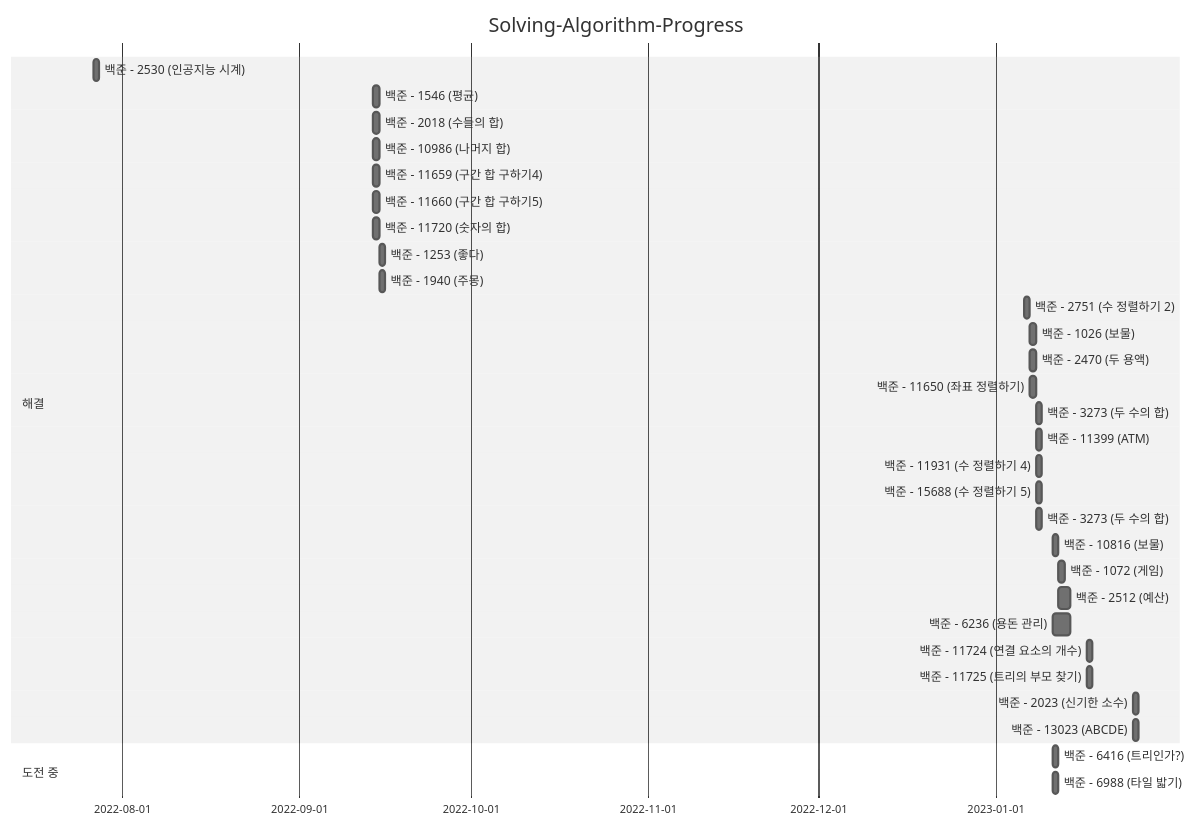
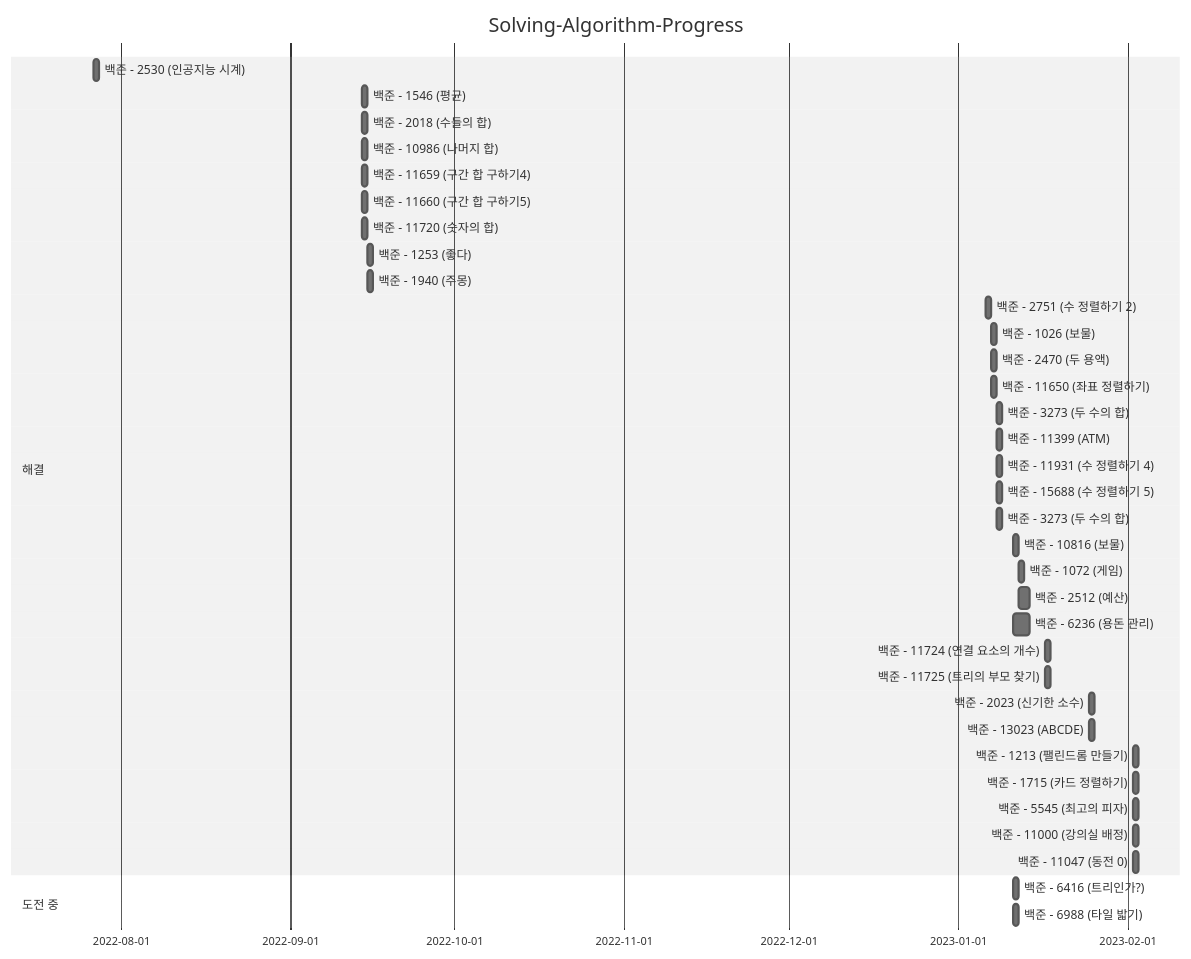
The diagram in README.md (darkblose/BaekjunJava), drawn with Mermaid (neutral theme) before and after one commit.

Commit message:
update : README

````diff
--- a/README.md
+++ b/README.md
@@ -41,37 +41,42 @@
 ```mermaid
 gantt
 dateFormat YYYY-MM-DD
 title Solving-Algorithm-Progress
 
     section 해결
     백준 - 2530 (인공지능 시계)   : chap1, 2022-07-27, 1d
     백준 - 1546 (평균)          : chap1, 2022-09-14, 1d
     백준 - 2018 (수들의 합)      : chap1, 2022-09-14, 1d
     백준 - 10986 (나머지 합)     : chap1, 2022-09-14, 1d
     백준 - 11659 (구간 합 구하기4) : chap1, 2022-09-14, 1d
     백준 - 11660 (구간 합 구하기5) : chap1, 2022-09-14, 1d
     백준 - 11720 (숫자의 합)     : chap1, 2022-09-14, 1d
     백준 - 1253 (좋다)          : chap1, 2022-09-15, 1d
     백준 - 1940 (주몽)          : chap1, 2022-09-15, 1d
     백준 - 2751 (수 정렬하기 2)   : chap2, 2023-01-06, 1d
     백준 - 1026 (보물)          : chap2, 2023-01-07, 1d
     백준 - 2470 (두 용액)        : chap2, 2023-01-07, 1d
     백준 - 11650 (좌표 정렬하기)   : chap2, 2023-01-07, 1d
     백준 - 3273 (두 수의 합)     : chap2, 2023-01-08, 1d
     백준 - 11399 (ATM)         : chap2, 2023-01-08, 1d
     백준 - 11931 (수 정렬하기 4)  : chap2, 2023-01-08, 1d
     백준 - 15688 (수 정렬하기 5)  : chap2, 2023-01-08, 1d
     백준 - 3273 (두 수의 합)     : chap2, 2023-01-08, 1d
     백준 - 10816 (보물)         : chap2, 2023-01-11, 1d
     백준 - 1072 (게임)          : chap3, 2023-01-12, 1d
     백준 - 2512 (예산)          : chap3, 2023-01-12, 2d
     백준 - 6236 (용돈 관리)      : chap3, 2023-01-11, 3d
     백준 - 11724 (연결 요소의 개수): chap4, 2023-01-17, 1d
     백준 - 11725 (트리의 부모 찾기): chap4, 2023-01-17, 1d
     백준 - 2023 (신기한 소수)    : chap5, 2023-01-25, 1d
     백준 - 13023 (ABCDE)      : chap5, 2023-01-25, 1d
+    백준 - 1213 (팰린드롬 만들기)  : chap6, 2023-02-02, 1d
+    백준 - 1715 (카드 정렬하기)    : chap6, 2023-02-02, 1d
+    백준 - 5545 (최고의 피자)     : chap6, 2023-02-02, 1d
+    백준 - 11000 (강의실 배정)    : chap6, 2023-02-02, 1d
+    백준 - 11047 (동전 0)       : chap6, 2023-02-02, 1d
     
     section 도전 중
     백준 - 6416 (트리인가?)    : challenging, 2023-01-11, 1d
     백준 - 6988 (타일 밟기)    : challenging, 2023-01-11, 1d
 ```
````
